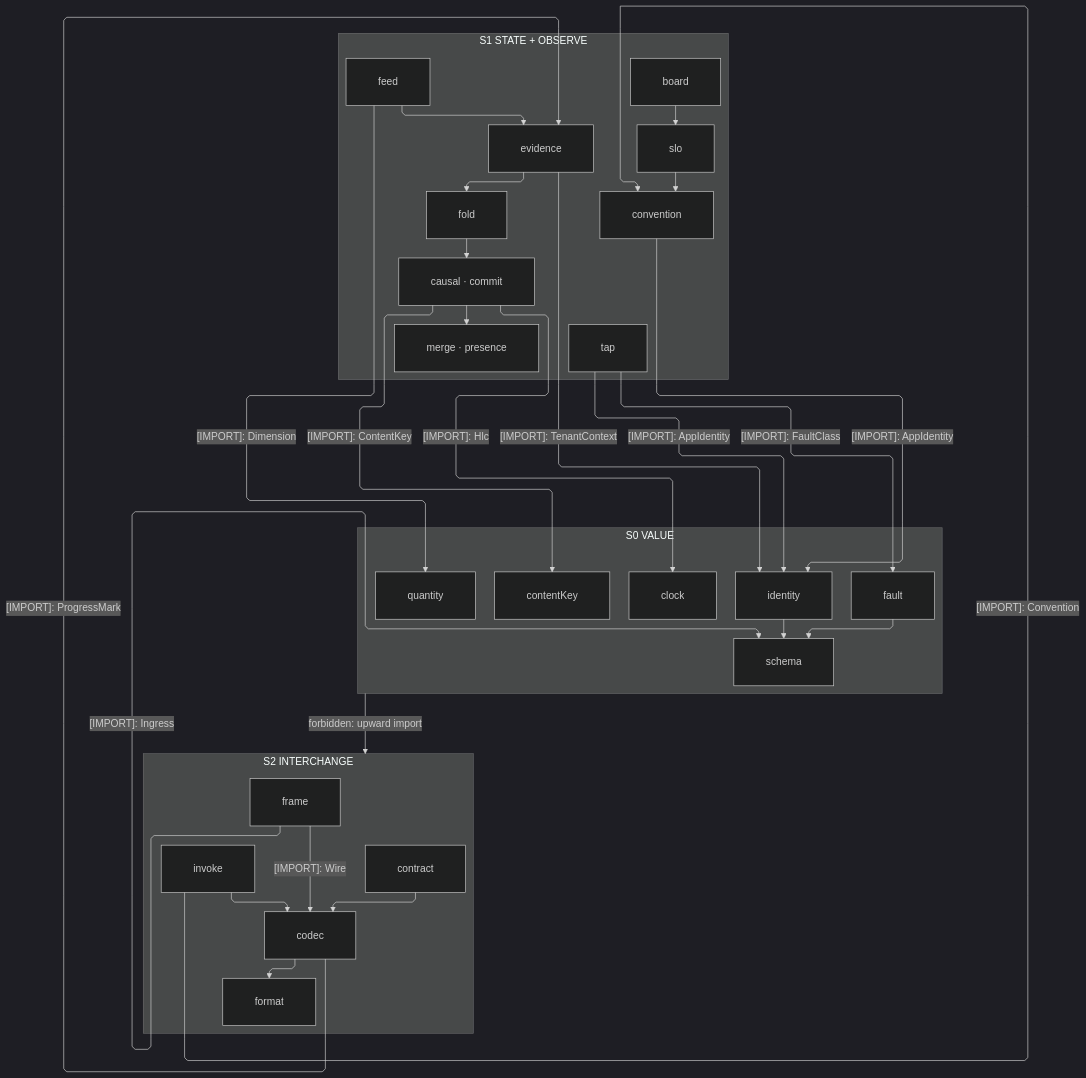
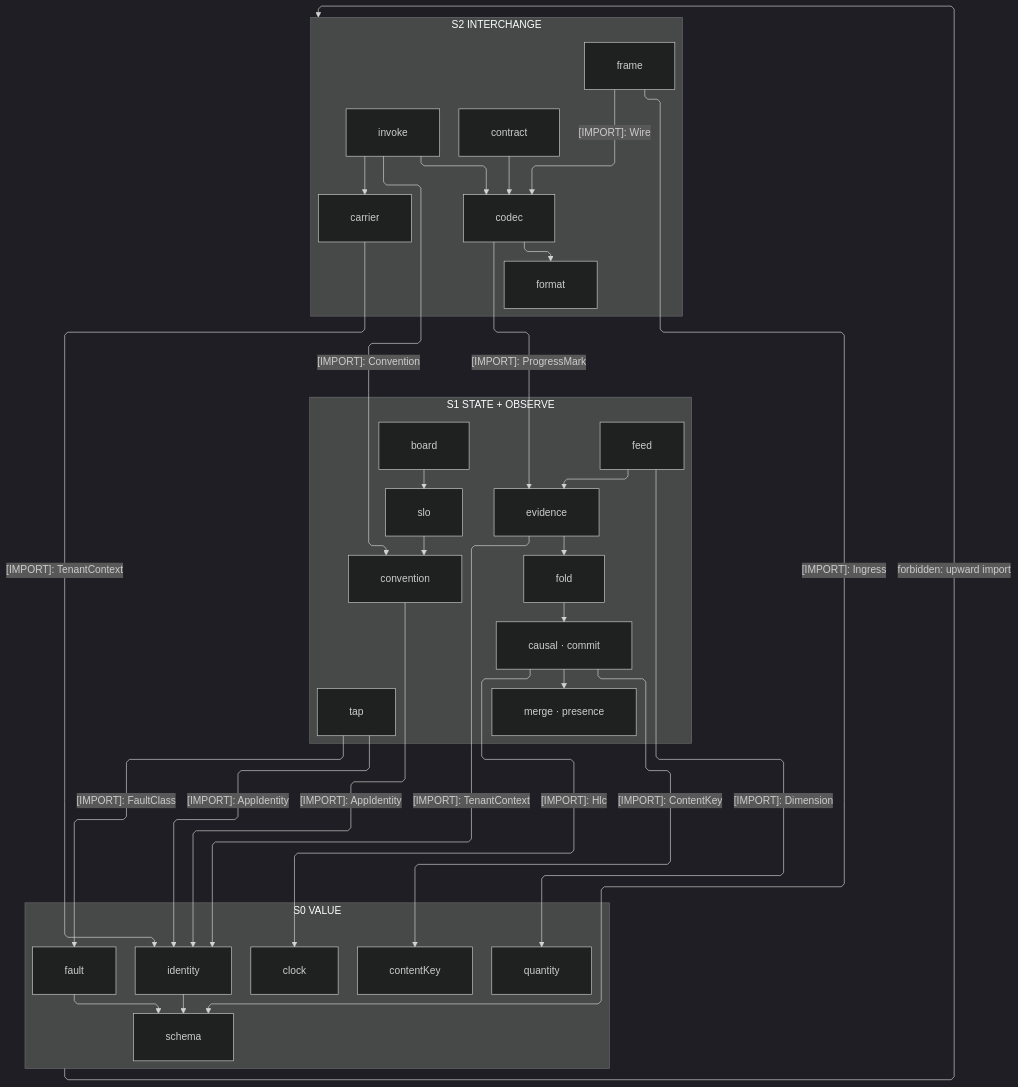
The first of 3 diagrams in libs/typescript/core/ARCHITECTURE.md (bsamiee/Rasm), drawn with Mermaid (dark theme) before and after one commit. The commit also changed other lines of this file and 124 other files, not shown here.

First line of the commit message:
planning registries: ARCHITECTURE/README/IDEAS/TASKLOG/RULINGS + csproj, campaign-method, CLAUDE.md

````diff
--- a/libs/typescript/core/ARCHITECTURE.md
+++ b/libs/typescript/core/ARCHITECTURE.md
@@ -46,62 +47,65 @@
 ```mermaid
 ---
 config:
   layout: elk
   flowchart:
     curve: linear
     padding: 25
 ---
 flowchart TB
     accTitle: Core interior import strata
     accDescr: Three interior waves — interchange over the state and observe peer wave onto the value floor — every import downward or floor-interior, labeled edges naming one sourced type each, and one forbidden upward edge styled red.
     subgraph S2["S2 INTERCHANGE"]
         Invoke[invoke]
+        CarrierP[carrier]
         Contract[contract]
         Codec[codec]
         Format[format]
         Frame[frame]
     end
     subgraph S1["S1 STATE + OBSERVE"]
         Tap[tap]
         Board[board]
         Slo[slo]
         Convention[convention]
         Feed[feed]
         Evidence[evidence]
         Fold[fold]
         Causal["causal · commit"]
         Merge["merge · presence"]
     end
     subgraph S0["S0 VALUE"]
         Identity[identity]
         Quantity[quantity]
         Clock[clock]
         ContentKey[contentKey]
         Schema[schema]
         Fault[fault]
     end
     Codec i1@--> Format
     Frame e1@-->|"[IMPORT]: Wire"| Codec
     Contract i2@--> Codec
     Invoke i3@--> Codec
+    Invoke i12@--> CarrierP
+    CarrierP e18@-->|"[IMPORT]: TenantContext"| Identity
     Codec e2@-->|"[IMPORT]: ProgressMark"| Evidence
     Invoke e3@-->|"[IMPORT]: Convention"| Convention
     Frame e4@-->|"[IMPORT]: Ingress"| Schema
     Causal e5@-->|"[IMPORT]: Hlc"| Clock
     Causal i4@--> Merge
     Causal e6@-->|"[IMPORT]: ContentKey"| ContentKey
     Fold i5@--> Causal
     Evidence i6@--> Fold
     Evidence e7@-->|"[IMPORT]: TenantContext"| Identity
     Feed i7@--> Evidence
     Feed e8@-->|"[IMPORT]: Dimension"| Quantity
     Slo i8@--> Convention
     Board i9@--> Slo
     Convention e9@-->|"[IMPORT]: AppIdentity"| Identity
     Tap e10@-->|"[IMPORT]: FaultClass"| Fault
     Tap e11@-->|"[IMPORT]: AppIdentity"| Identity
     Identity i10@--> Schema
     Fault i11@--> Schema
     Invoke ~~~ Board
     S0 f1@-->|"forbidden: upward import"| S2
 ```
````
